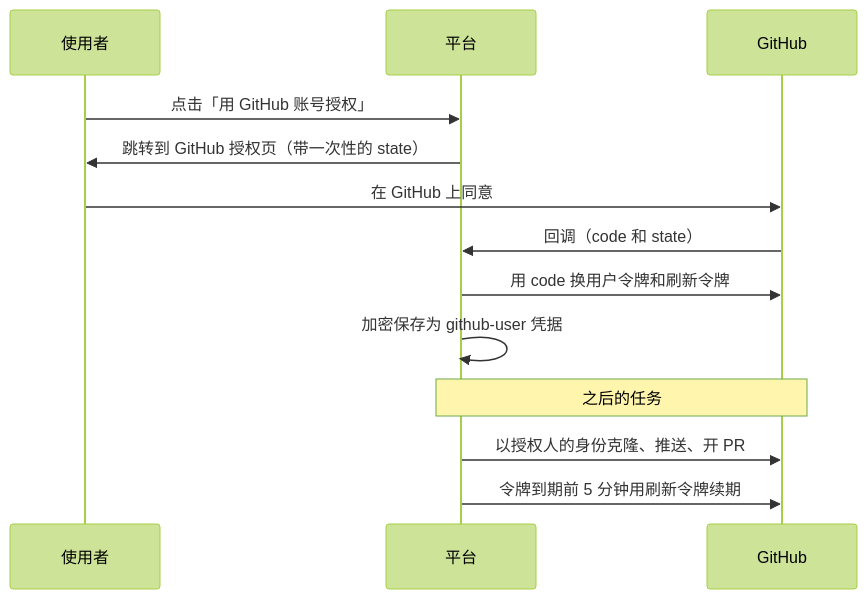
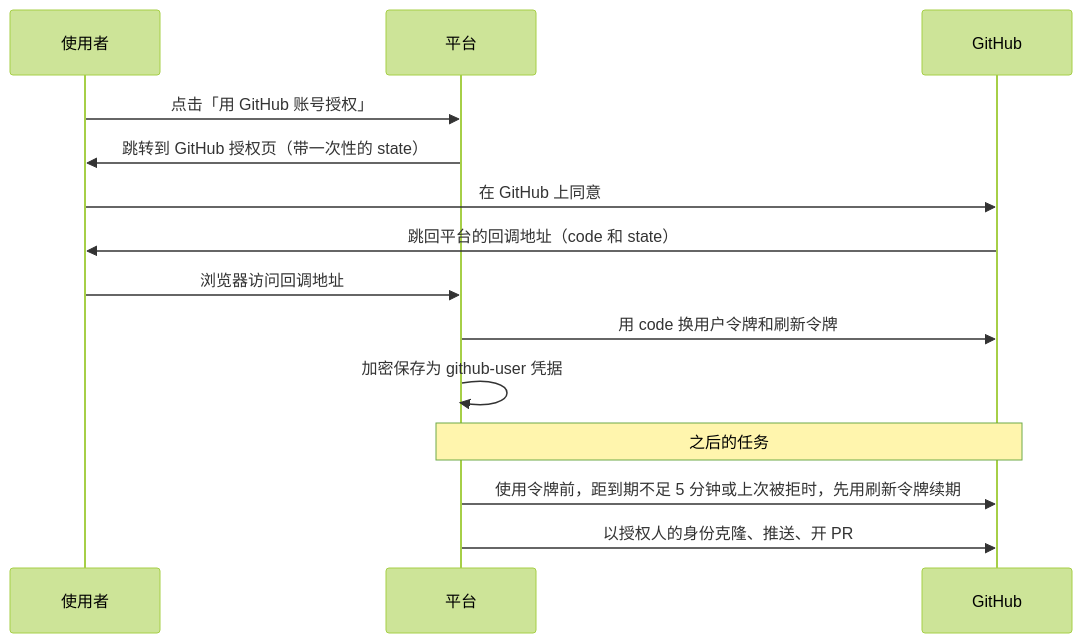
Before and after one commit to Izelzzz/Eos-workbench: the diagram in docs/adr/007-github-user-authorization.md, drawn with Mermaid (forest theme). The commit also changed 6 other files, not shown here.

First line of the commit message:
ADR 架构图：按事实核对修正（模型 API 由 dsh 调用、MCP 服务读得到模型 key、检查不通过的两条路径等） (#112)

````diff
--- a/docs/adr/007-github-user-authorization.md
+++ b/docs/adr/007-github-user-authorization.md
@@ -26,15 +26,16 @@
 ```mermaid
 sequenceDiagram
   participant U as 使用者
   participant P as 平台
   participant G as GitHub
   U->>P: 点击「用 GitHub 账号授权」
   P->>U: 跳转到 GitHub 授权页（带一次性的 state）
   U->>G: 在 GitHub 上同意
-  G->>P: 回调（code 和 state）
+  G->>U: 跳回平台的回调地址（code 和 state）
+  U->>P: 浏览器访问回调地址
   P->>G: 用 code 换用户令牌和刷新令牌
   P->>P: 加密保存为 github-user 凭据
   Note over P,G: 之后的任务
+  P->>G: 使用令牌前，距到期不足 5 分钟或上次被拒时，先用刷新令牌续期
   P->>G: 以授权人的身份克隆、推送、开 PR
-  P->>G: 令牌到期前 5 分钟用刷新令牌续期
 ```
````
